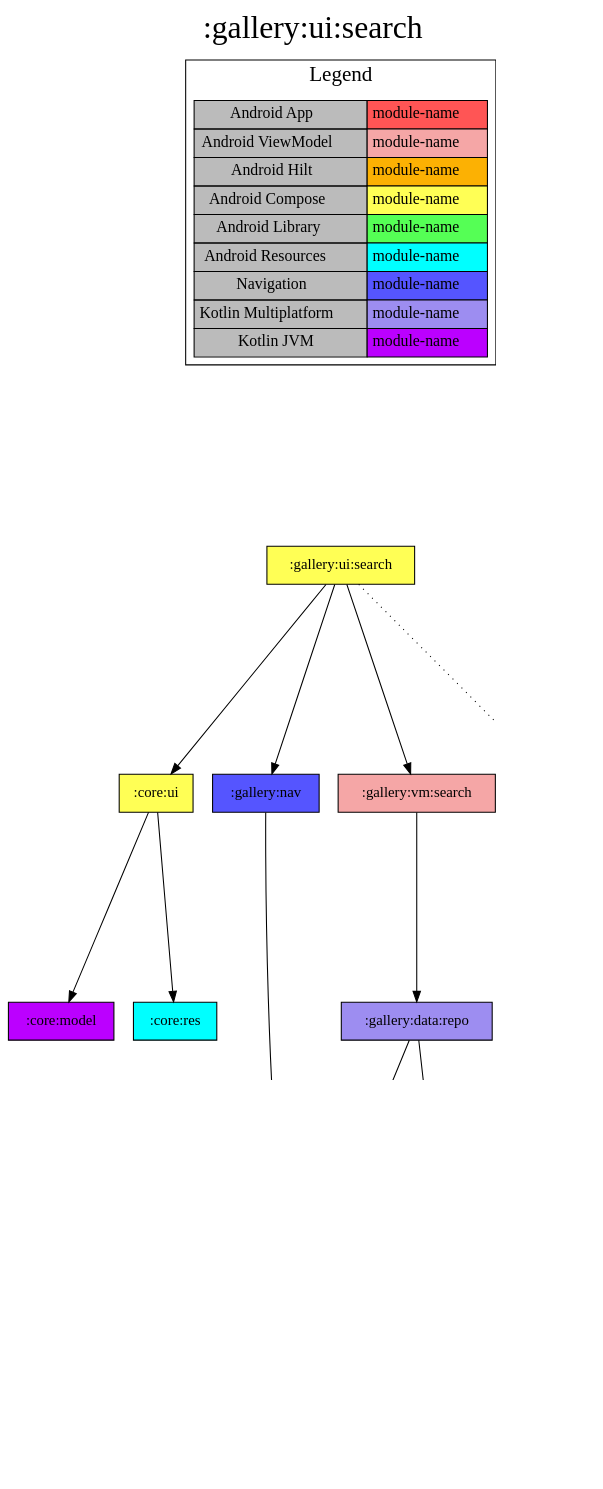
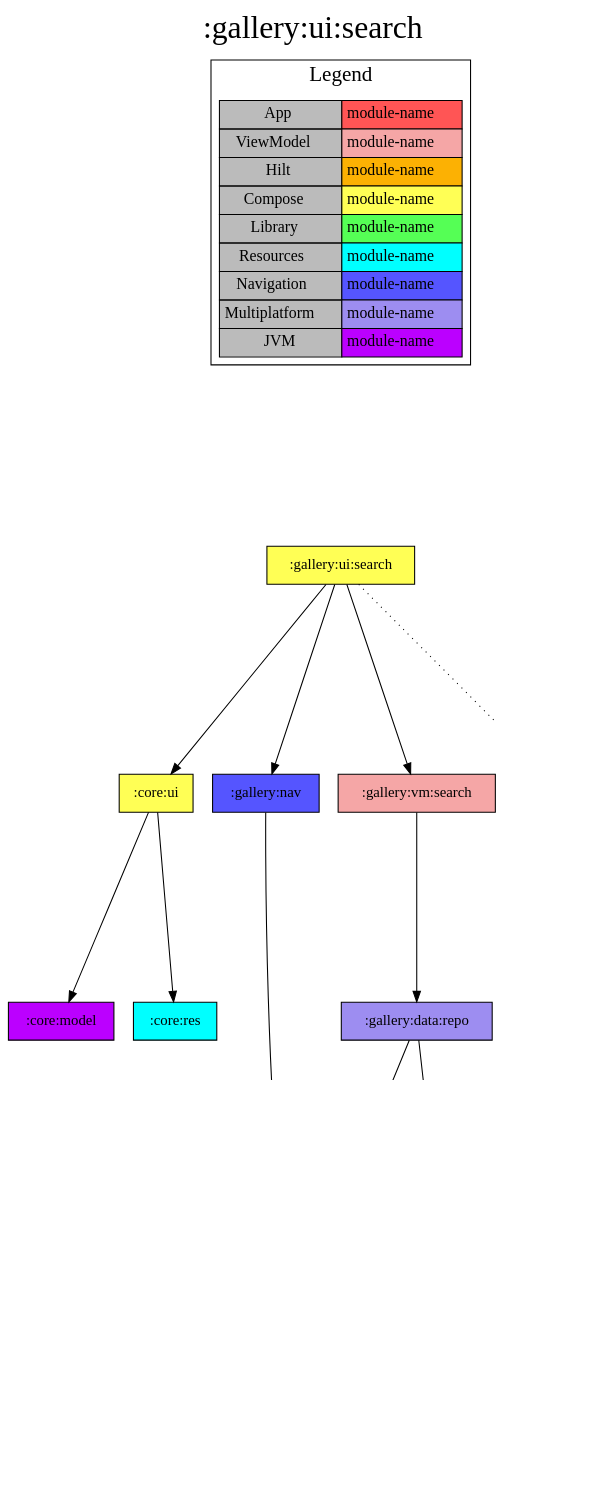
Before and after one commit to jonapoul/nasa-android: the diagram in modules/gallery/ui/search/project-dependency-graph.dot, drawn with Graphviz. The commit also changed 236 other files, not shown here.

```diff
--- a/modules/gallery/ui/search/project-dependency-graph.dot
+++ b/modules/gallery/ui/search/project-dependency-graph.dot
@@ -1,49 +1,49 @@
 digraph {
 edge ["dir"="forward"]
 graph ["dpi"="100","label"=":gallery:ui:search","labelloc"="t","fontsize"="30","ranksep"="2.5","rankdir"="TB"]
 node ["style"="filled"]
 ":gallery:ui:search" ["fillcolor"="#FFFF55","shape"="box"]
 ":core:ui" ["fillcolor"="#FFFF55","shape"="box"]
 ":core:model" ["fillcolor"="#BB00FF","shape"="box"]
 ":core:res" ["fillcolor"="#00FFFF","shape"="box"]
 ":gallery:nav" ["fillcolor"="#5555FF","shape"="box"]
 ":gallery:model" ["fillcolor"="#BB00FF","shape"="box"]
 ":gallery:vm:search" ["fillcolor"="#F5A6A6","shape"="box"]
 ":gallery:data:repo" ["fillcolor"="#9D8DF1","shape"="box"]
 ":db" ["fillcolor"="#9D8DF1","shape"="box"]
-":gallery:data:api" ["fillcolor"="#BB00FF","shape"="box"]
+":gallery:data:api" ["fillcolor"="#9D8DF1","shape"="box"]
 ":gallery:res" ["fillcolor"="#00FFFF","shape"="box"]
 {
 edge ["dir"="none"]
 graph ["rank"="same"]
 }
 ":gallery:ui:search" -> ":core:ui"
 ":gallery:ui:search" -> ":gallery:nav"
 ":gallery:ui:search" -> ":gallery:vm:search"
 ":gallery:ui:search" -> ":gallery:res" ["style"="dotted"]
 ":core:ui" -> ":core:model"
 ":core:ui" -> ":core:res"
 ":gallery:nav" -> ":gallery:model"
 ":gallery:vm:search" -> ":gallery:data:repo"
 ":gallery:data:repo" -> ":db"
 ":gallery:data:repo" -> ":gallery:data:api"
 ":db" -> ":gallery:model"
 ":gallery:data:api" -> ":gallery:model"
 subgraph "cluster_legend" {
 edge ["dir"="none"]
 graph ["label"="Legend","fontsize"="20"]
 "Legend" ["style"="filled","fillcolor"="#bbbbbb","shape"="none","margin"="0","fontsize"="15","label"=<
 <TABLE BORDER="0" CELLBORDER="1" CELLSPACING="0" CELLPADDING="4">
-<TR><TD>Android App</TD><TD BGCOLOR="#FF5555">module-name</TD></TR>
-<TR><TD>Android ViewModel</TD><TD BGCOLOR="#F5A6A6">module-name</TD></TR>
-<TR><TD>Android Hilt</TD><TD BGCOLOR="#FCB103">module-name</TD></TR>
-<TR><TD>Android Compose</TD><TD BGCOLOR="#FFFF55">module-name</TD></TR>
-<TR><TD>Android Library</TD><TD BGCOLOR="#55FF55">module-name</TD></TR>
-<TR><TD>Android Resources</TD><TD BGCOLOR="#00FFFF">module-name</TD></TR>
+<TR><TD>App</TD><TD BGCOLOR="#FF5555">module-name</TD></TR>
+<TR><TD>ViewModel</TD><TD BGCOLOR="#F5A6A6">module-name</TD></TR>
+<TR><TD>Hilt</TD><TD BGCOLOR="#FCB103">module-name</TD></TR>
+<TR><TD>Compose</TD><TD BGCOLOR="#FFFF55">module-name</TD></TR>
+<TR><TD>Library</TD><TD BGCOLOR="#55FF55">module-name</TD></TR>
+<TR><TD>Resources</TD><TD BGCOLOR="#00FFFF">module-name</TD></TR>
 <TR><TD>Navigation</TD><TD BGCOLOR="#5555FF">module-name</TD></TR>
-<TR><TD>Kotlin Multiplatform</TD><TD BGCOLOR="#9D8DF1">module-name</TD></TR>
-<TR><TD>Kotlin JVM</TD><TD BGCOLOR="#BB00FF">module-name</TD></TR>
+<TR><TD>Multiplatform</TD><TD BGCOLOR="#9D8DF1">module-name</TD></TR>
+<TR><TD>JVM</TD><TD BGCOLOR="#BB00FF">module-name</TD></TR>
 </TABLE>
 >]
 } -> ":gallery:ui:search" ["style"="invis"]
 }
```
